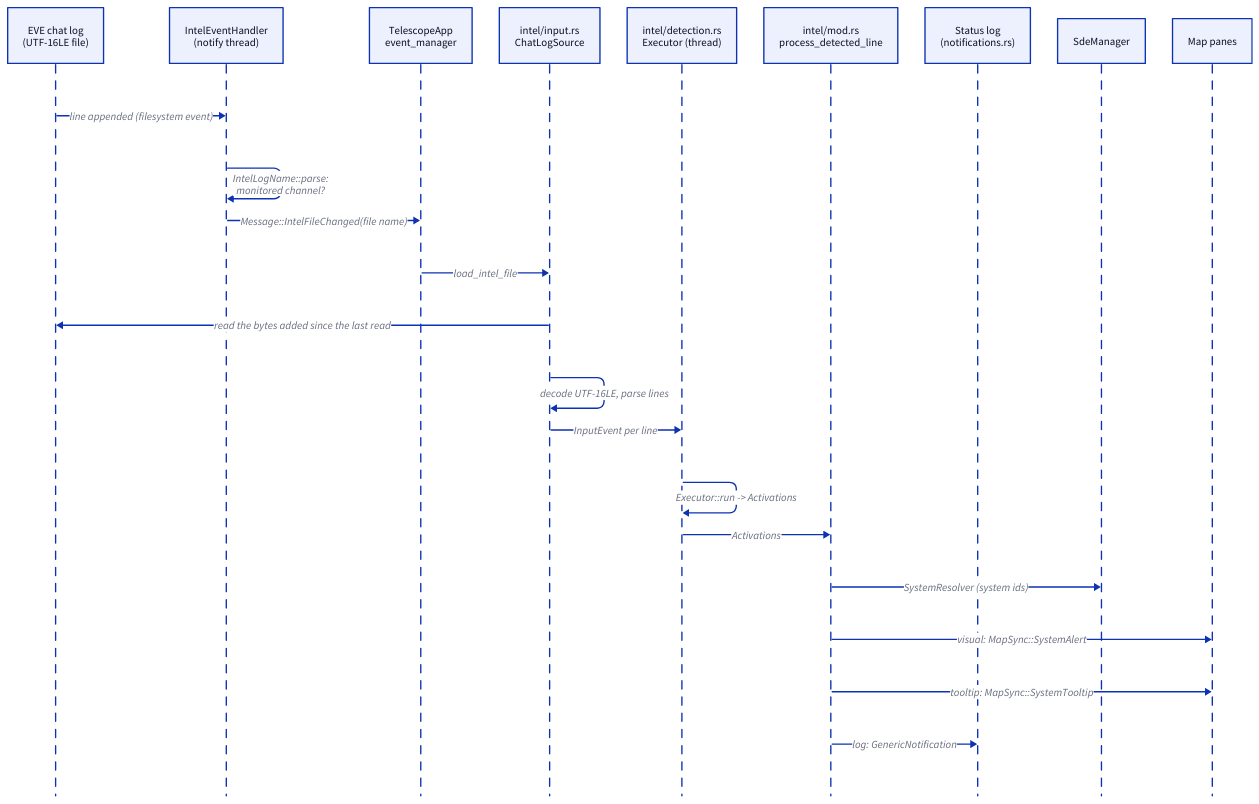
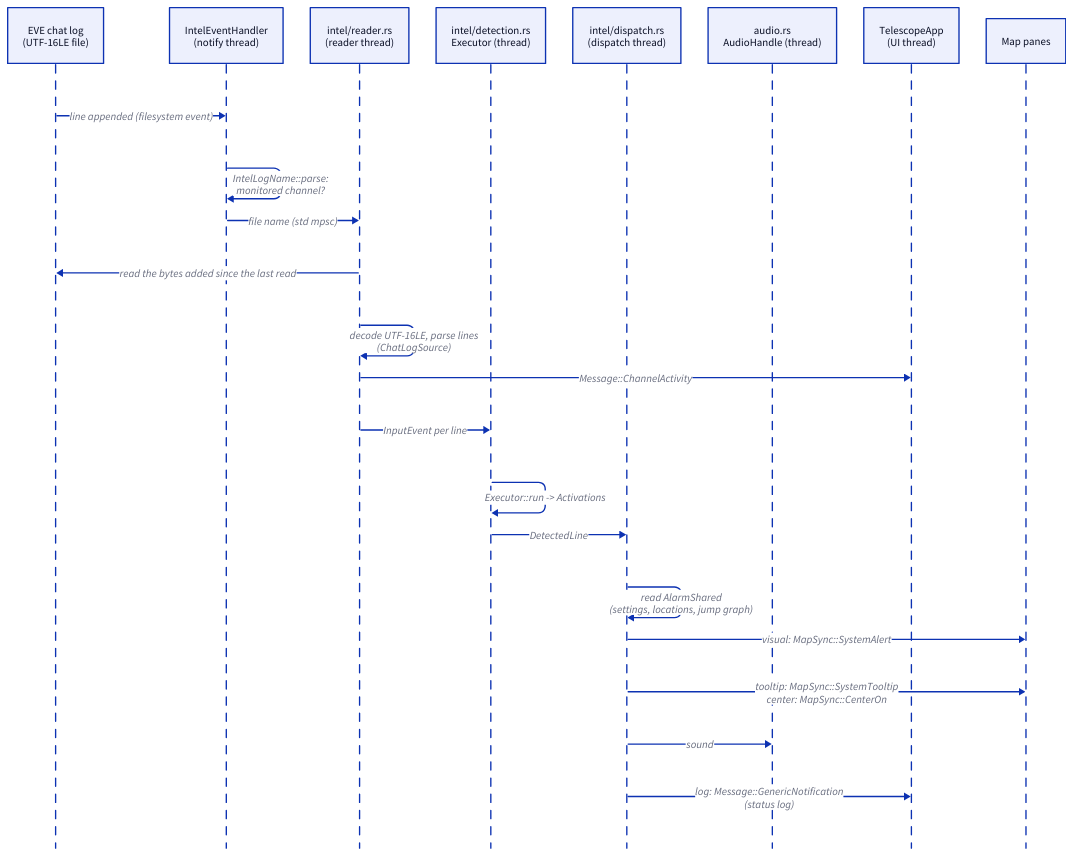
Before and after one commit to rafaga/telescope: the diagram in docs/architecture/flow-intel.d2, drawn with D2. The commit also changed 21 other files, not shown here.

```diff
--- a/docs/architecture/flow-intel.d2
+++ b/docs/architecture/flow-intel.d2
@@ -1,25 +1,25 @@
 shape: sequence_diagram
 
 log: "EVE chat log\n(UTF-16LE file)"
 watcher: "IntelEventHandler\n(notify thread)"
-app: "TelescopeApp\nevent_manager"
-input: "intel/input.rs\nChatLogSource"
+reader: "intel/reader.rs\n(reader thread)"
 detection: "intel/detection.rs\nExecutor (thread)"
-process: "intel/mod.rs\nprocess_detected_line"
-status: "Status log\n(notifications.rs)"
-sde: "SdeManager"
+dispatch: "intel/dispatch.rs\n(dispatch thread)"
+audio: "audio.rs\nAudioHandle (thread)"
+app: "TelescopeApp\n(UI thread)"
 maps: "Map panes"
 
 log -> watcher: "line appended (filesystem event)"
 watcher -> watcher: "IntelLogName::parse:\nmonitored channel?"
-watcher -> app: "Message::IntelFileChanged(file name)"
-app -> input: "load_intel_file"
-input -> log: "read the bytes added since the last read"
-input -> input: "decode UTF-16LE, parse lines"
-input -> detection: "InputEvent per line"
+watcher -> reader: "file name (std mpsc)"
+reader -> log: "read the bytes added since the last read"
+reader -> reader: "decode UTF-16LE, parse lines\n(ChatLogSource)"
+reader -> app: "Message::ChannelActivity"
+reader -> detection: "InputEvent per line"
 detection -> detection: "Executor::run -> Activations"
-detection -> process: "Activations"
-process -> sde: "SystemResolver (system ids)"
-process -> maps: "visual: MapSync::SystemAlert"
-process -> maps: "tooltip: MapSync::SystemTooltip"
-process -> status: "log: GenericNotification"
+detection -> dispatch: "DetectedLine"
+dispatch -> dispatch: "read AlarmShared\n(settings, locations, jump graph)"
+dispatch -> maps: "visual: MapSync::SystemAlert"
+dispatch -> maps: "tooltip: MapSync::SystemTooltip\ncenter: MapSync::CenterOn"
+dispatch -> audio: "sound"
+dispatch -> app: "log: Message::GenericNotification\n(status log)"
```
